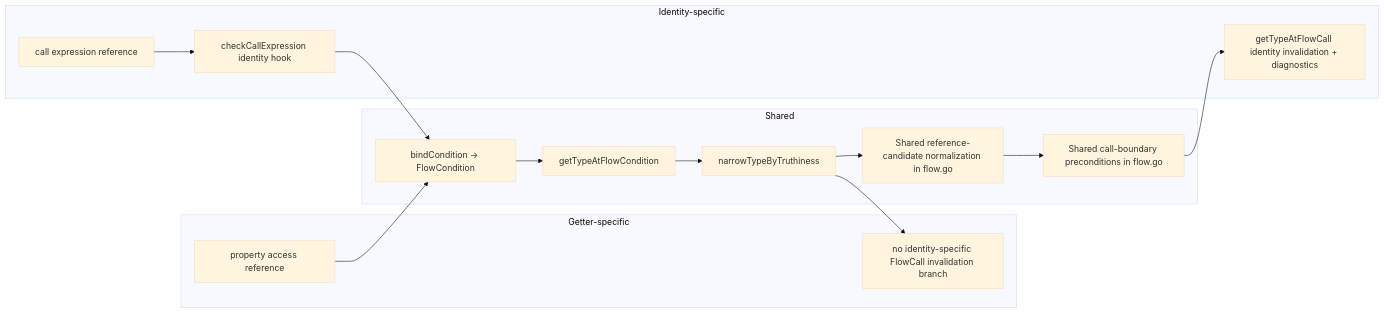
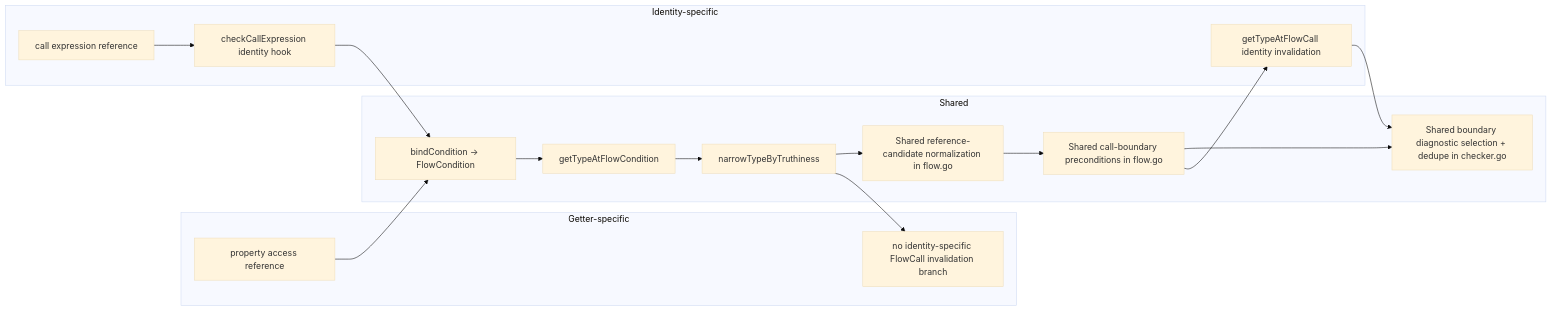
The third of 3 diagrams in docs/identity-phase1-pr-description.md (kbrilla/typescript-go), drawn with Mermaid (base theme) before and after one commit. The commit also changed other lines of this file and 2 other files, not shown here.

Commit message:
Phase 1: simplify boundary diagnostic emission

````diff
--- a/docs/identity-phase1-pr-description.md
+++ b/docs/identity-phase1-pr-description.md
@@ -66,26 +74,27 @@
 ```mermaid
 flowchart LR
   subgraph Shared[Shared]
     S1[bindCondition -> FlowCondition]
     S2[getTypeAtFlowCondition]
     S3[narrowTypeByTruthiness]
     S4[Shared reference-candidate normalization in flow.go]
     S5[Shared call-boundary preconditions in flow.go]
-    S1 --> S2 --> S3 --> S4 --> S5
+    S6[Shared boundary diagnostic selection + dedupe in checker.go]
+    S1 --> S2 --> S3 --> S4 --> S5 --> S6
   end
 
   subgraph GetterOnly[Getter-specific]
     G1[property access reference]
     G2[no identity-specific FlowCall invalidation branch]
     G1 --> S1
     S3 --> G2
   end
 
   subgraph IdentityOnly[Identity-specific]
     I1[call expression reference]
     I2[checkCallExpression identity hook]
-    I3[getTypeAtFlowCall identity invalidation + diagnostics]
+    I3[getTypeAtFlowCall identity invalidation]
     I1 --> I2 --> S1
-    S5 --> I3
+    S5 --> I3 --> S6
   end
 ```
````
